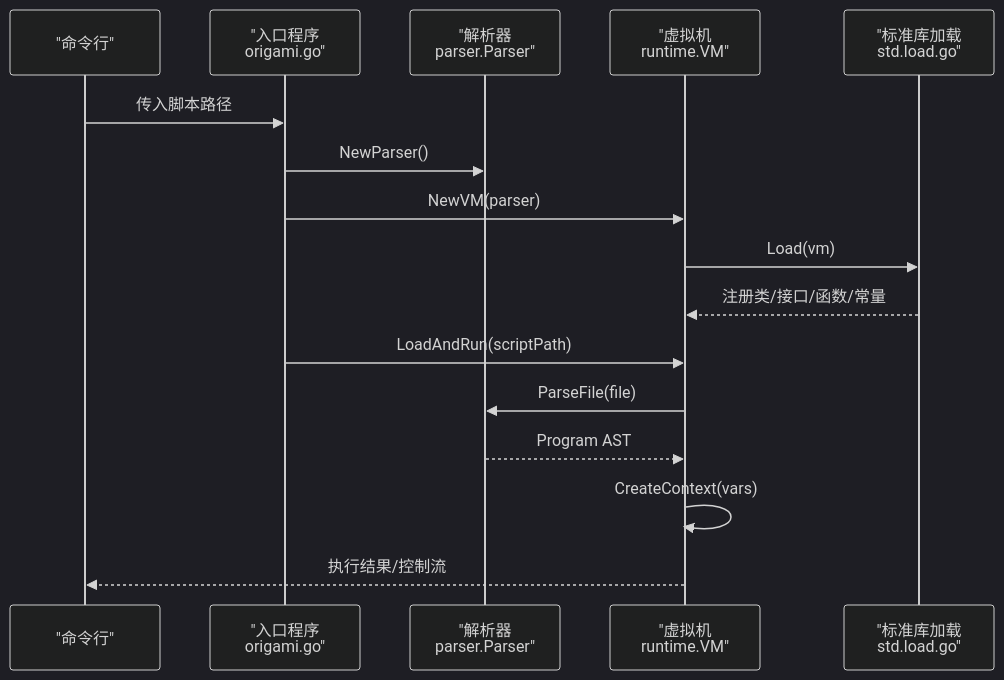
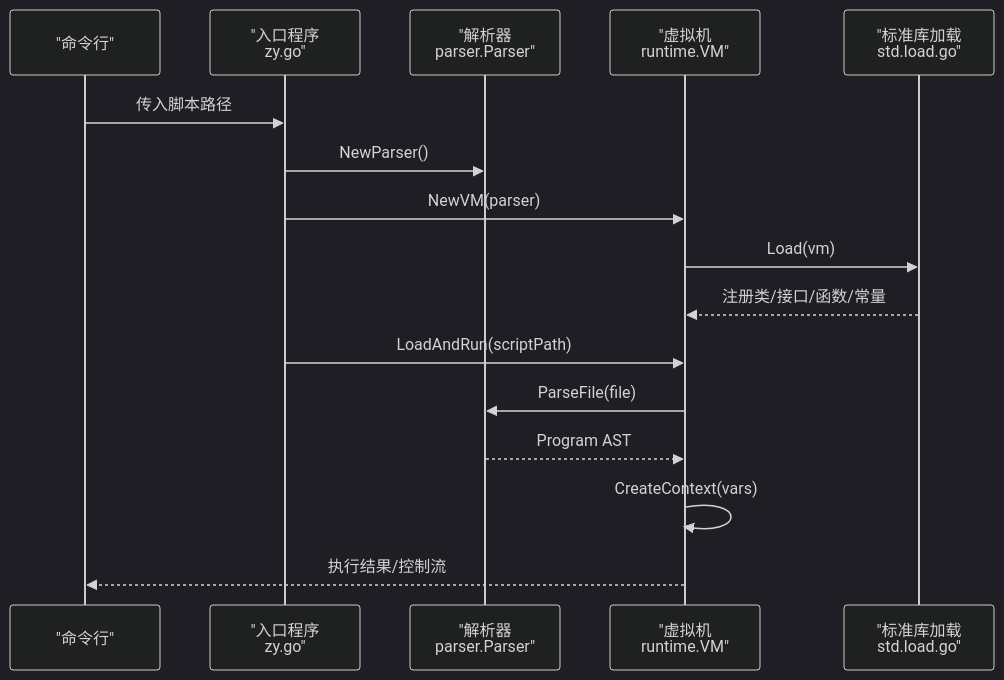
One commit to php-any/origami changed the second of 4 diagrams in .qoder/repowiki/zh/content/API参考/API参考.md. Above: the diagram before and after it, drawn with Mermaid (dark theme). The commit also changed other lines of this file and 21 other files, not shown here.

````diff
--- a/.qoder/repowiki/zh/content/API参考/API参考.md
+++ b/.qoder/repowiki/zh/content/API参考/API参考.md
@@ -107,18 +107,18 @@
 ```mermaid
 sequenceDiagram
 participant CLI as "命令行"
-participant Main as "入口程序<br/>origami.go"
+participant Main as "入口程序<br/>zy.go"
 participant Parser as "解析器<br/>parser.Parser"
 participant VM as "虚拟机<br/>runtime.VM"
 participant Std as "标准库加载<br/>std.load.go"
 CLI->>Main : 传入脚本路径
 Main->>Parser : NewParser()
 Main->>VM : NewVM(parser)
 VM->>Std : Load(vm)
 Std-->>VM : 注册类/接口/函数/常量
 Main->>VM : LoadAndRun(scriptPath)
 VM->>Parser : ParseFile(file)
 Parser-->>VM : Program AST
 VM->>VM : CreateContext(vars)
 VM-->>CLI : 执行结果/控制流
 ```
````
